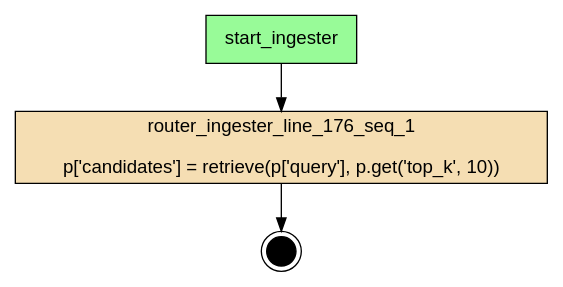
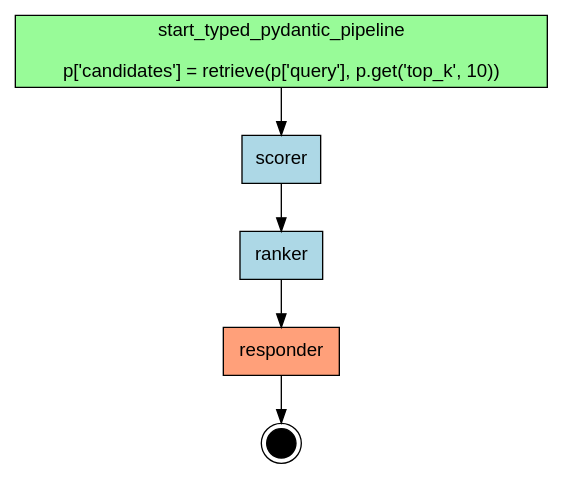
Before and after one commit to deliveryhero/asya: the diagram in examples/flows/compiled/typed_pydantic_pipeline/flow.dot, drawn with Graphviz. The commit also changed 160 other files, not shown here.

```diff
--- a/examples/flows/compiled/typed_pydantic_pipeline/flow.dot
+++ b/examples/flows/compiled/typed_pydantic_pipeline/flow.dot
@@ -1,14 +1,22 @@
-digraph "ingester" {
+digraph "typed_pydantic_pipeline" {
     rankdir=TB;
     node [shape=box, style=filled, fontname="Helvetica"];
 
-    { rank=source; start_ingester; }
+    { rank=source; start_typed_pydantic_pipeline; }
 
-    router_ingester_line_176_seq_1 [label="router_ingester_line_176_seq_1\n\np['candidates'] = retrieve(p['query'], p.get('top_k', 10))", fillcolor=wheat];
-    start_ingester [label="start_ingester", fillcolor=palegreen];
+    ranker [label="ranker", fillcolor=lightblue];
+    responder [label="responder", fillcolor=lightsalmon];
+    scorer [label="scorer", fillcolor=lightblue];
+    start_typed_pydantic_pipeline [label="start_typed_pydantic_pipeline\n\np['candidates'] = retrieve(p['query'], p.get('top_k', 10))", fillcolor=palegreen];
 
     __end__ [label="", shape=doublecircle, fillcolor=black, width=0.3, fixedsize=true];
 
-    start_ingester -> router_ingester_line_176_seq_1;
-    router_ingester_line_176_seq_1 -> __end__;
+    start_typed_pydantic_pipeline -> scorer;
+    scorer -> ranker;
+    ranker -> responder;
+    responder -> __end__;
+    subgraph cluster_ingester {
+        label="ingester";
+        style=dashed;
+    }
 }
```
